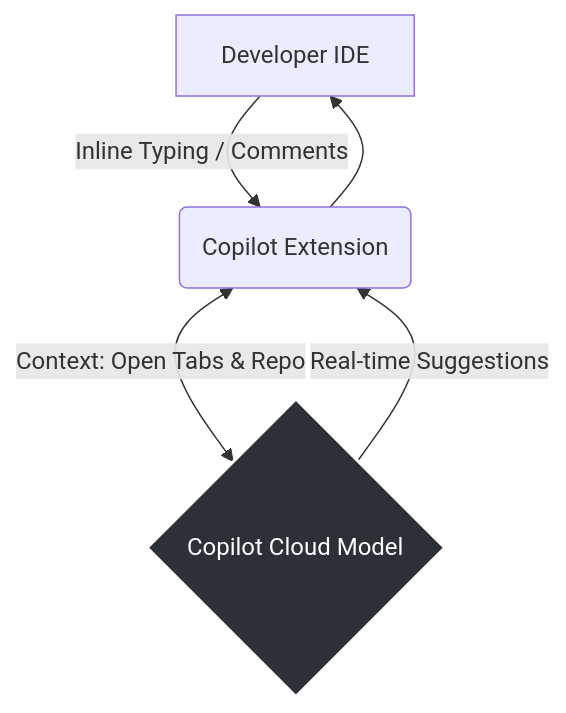
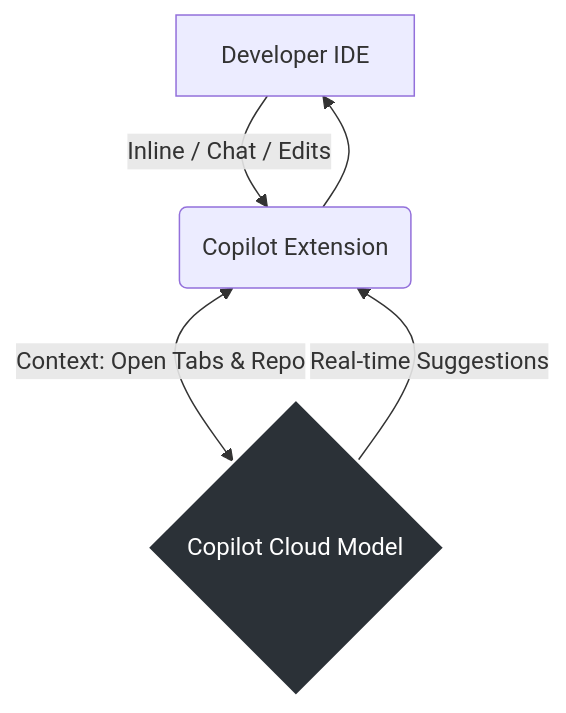
One commit to vinipx/agentic-design changed the diagram in documentation/docs/providers/copilot.md. Above: the diagram before and after it, drawn with Mermaid. The commit also changed other lines of this file and 8 other files, not shown here.

````diff
--- a/documentation/docs/providers/copilot.md
+++ b/documentation/docs/providers/copilot.md
@@ -11,8 +11,8 @@
 ```mermaid
 flowchart TD
-    A[Developer IDE] -->|Inline Typing / Comments| B(Copilot Extension)
+    A[Developer IDE] -->|Inline / Chat / Edits| B(Copilot Extension)
     B <-->|Context: Open Tabs & Repo| C{Copilot Cloud Model}
     C -->|Real-time Suggestions| B
     B --> A
     style C fill:#2b3137,stroke:#fff,stroke-width:2px,color:#fff
 ```
````
